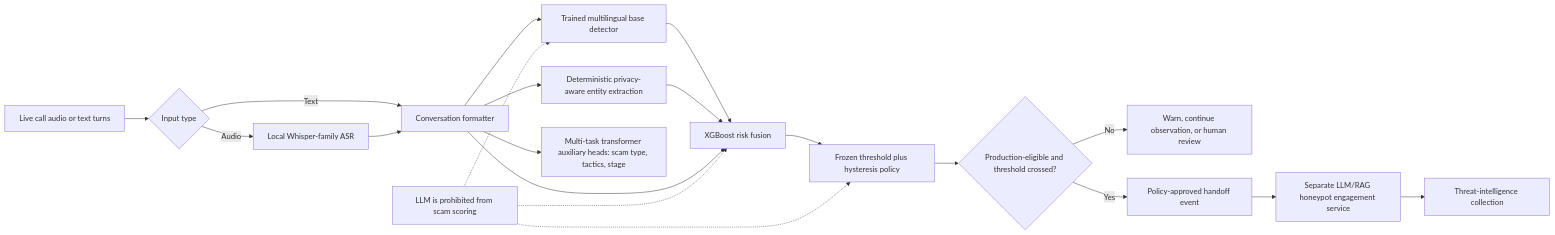
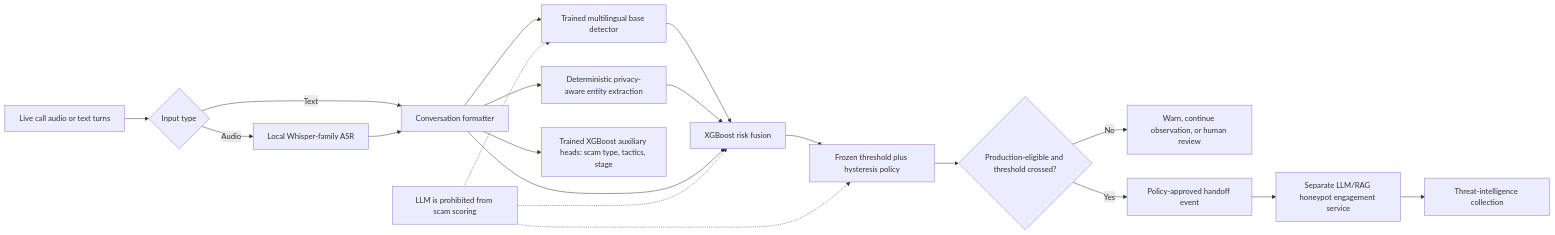
Before and after one commit to Palak24Ol/ArrestShield: the first of 2 diagrams in docs/ARCHITECTURE.md, drawn with Mermaid. The commit also changed other lines of this file and 18 other files, not shown here.

````diff
--- a/docs/ARCHITECTURE.md
+++ b/docs/ARCHITECTURE.md
@@ -5,23 +5,23 @@
 ```mermaid
 flowchart LR
     A["Live call audio or text turns"] --> B{"Input type"}
     B -->|Audio| C["Local Whisper-family ASR"]
     B -->|Text| D["Conversation formatter"]
     C --> D
     D --> E["Trained multilingual base detector"]
     D --> F["Deterministic privacy-aware entity extraction"]
-    D --> G["Multi-task transformer auxiliary heads: scam type, tactics, stage"]
+    D --> G["Trained XGBoost auxiliary heads: scam type, tactics, stage"]
     E --> H["XGBoost risk fusion"]
     F --> H
     D --> H
     H --> I["Frozen threshold plus hysteresis policy"]
     I --> J{"Production-eligible and threshold crossed?"}
     J -->|No| K["Warn, continue observation, or human review"]
     J -->|Yes| L["Policy-approved handoff event"]
     L --> M["Separate LLM/RAG honeypot engagement service"]
     M --> N["Threat-intelligence collection"]
 
     O["LLM is prohibited from scam scoring"] -.-> E
     O -.-> H
     O -.-> I
 ```
````
